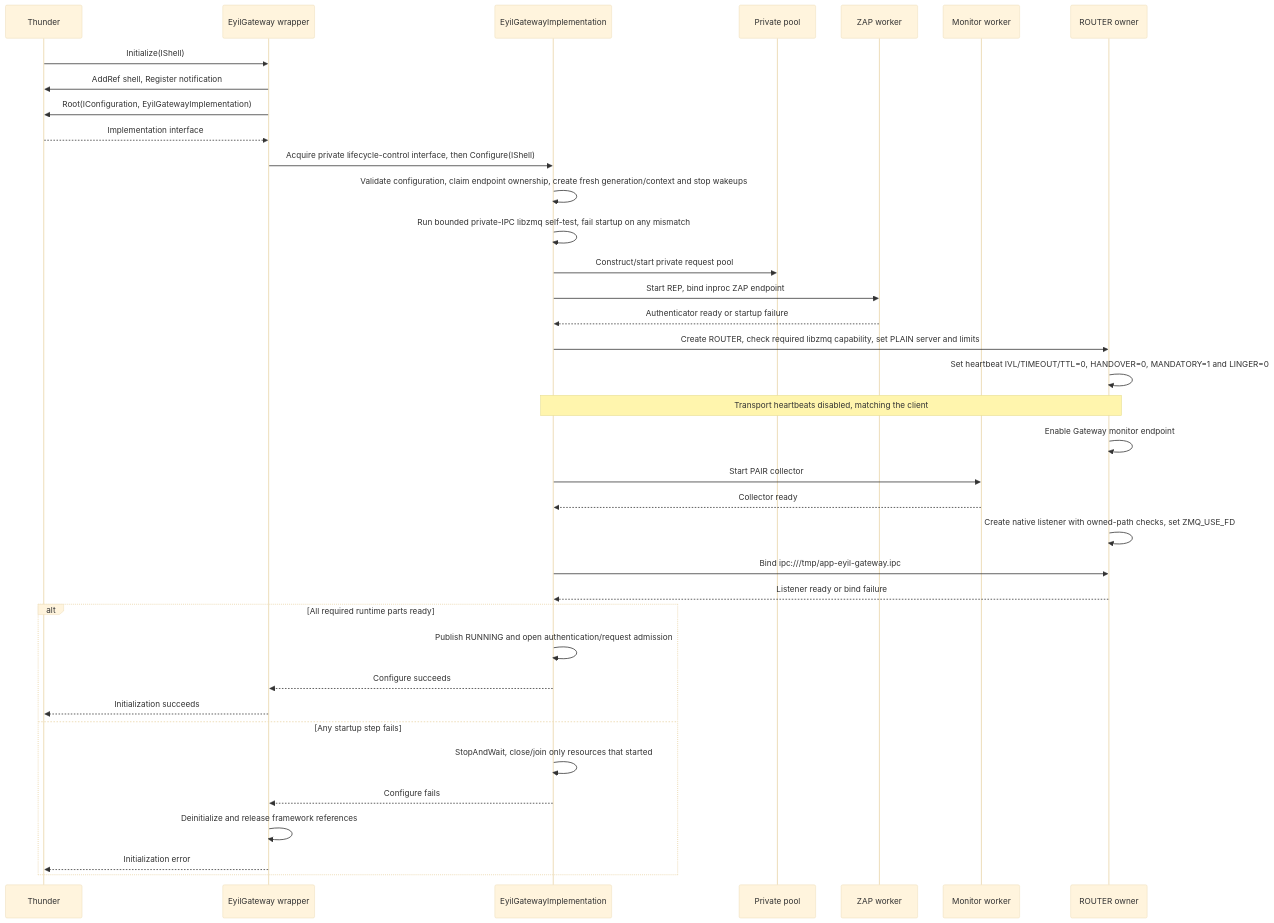
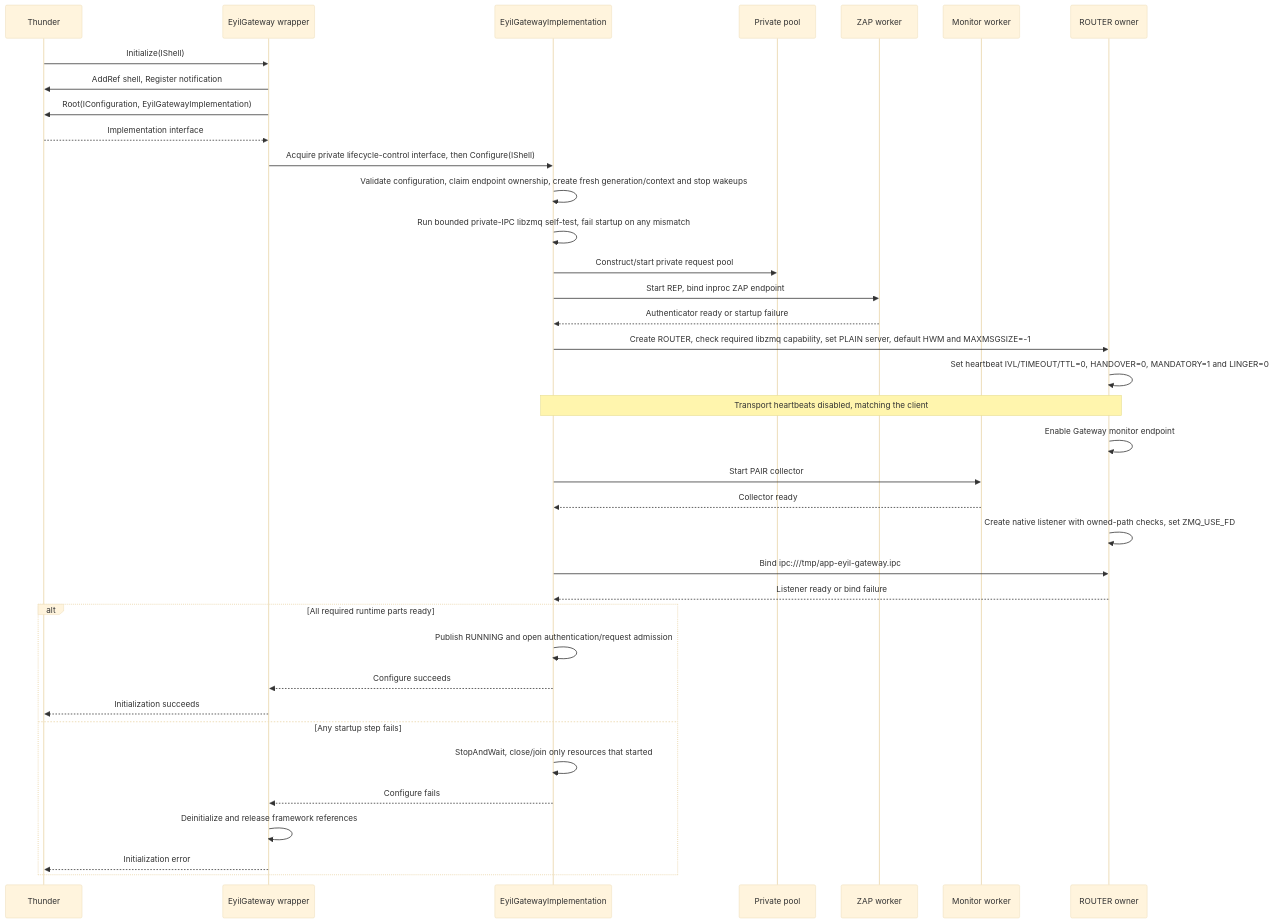
The second of 22 diagrams in doc/EyilGateway.md (rdkcentral/eyil-secure-gateway), drawn with Mermaid (base theme) before and after one commit. The commit also changed other lines of this file and 3 other files, not shown here.

````diff
--- a/doc/EyilGateway.md
+++ b/doc/EyilGateway.md
@@ -411,39 +411,39 @@
 ```mermaid
 sequenceDiagram
     participant T as Thunder
     participant P as EyilGateway wrapper
     participant I as EyilGatewayImplementation
     participant W as Private pool
     participant Z as ZAP worker
     participant M as Monitor worker
     participant R as ROUTER owner
     T->>P: Initialize(IShell)
     P->>T: AddRef shell, Register notification
     P->>T: Root(IConfiguration, EyilGatewayImplementation)
     T-->>P: Implementation interface
     P->>I: Acquire private lifecycle-control interface, then Configure(IShell)
     I->>I: Validate configuration, claim endpoint ownership, create fresh generation/context and stop wakeups
     I->>I: Run bounded private-IPC libzmq self-test, fail startup on any mismatch
     I->>W: Construct/start private request pool
     I->>Z: Start REP, bind inproc ZAP endpoint
     Z-->>I: Authenticator ready or startup failure
-    I->>R: Create ROUTER, check required libzmq capability, set PLAIN server and limits
+    I->>R: Create ROUTER, check required libzmq capability, set PLAIN server, default HWM and MAXMSGSIZE=-1
     R->>R: Set heartbeat IVL/TIMEOUT/TTL=0, HANDOVER=0, MANDATORY=1 and LINGER=0
     Note over I,R: Transport heartbeats disabled, matching the client
     R->>R: Enable Gateway monitor endpoint
     I->>M: Start PAIR collector
     M-->>I: Collector ready
     R->>R: Create native listener with owned-path checks, set ZMQ_USE_FD
     I->>R: Bind ipc:///tmp/app-eyil-gateway.ipc
     R-->>I: Listener ready or bind failure
     alt All required runtime parts ready
         I->>I: Publish RUNNING and open authentication/request admission
         I-->>P: Configure succeeds
         P-->>T: Initialization succeeds
     else Any startup step fails
         I->>I: StopAndWait, close/join only resources that started
         I-->>P: Configure fails
         P->>P: Deinitialize and release framework references
         P-->>T: Initialization error
     end
 ```
````
